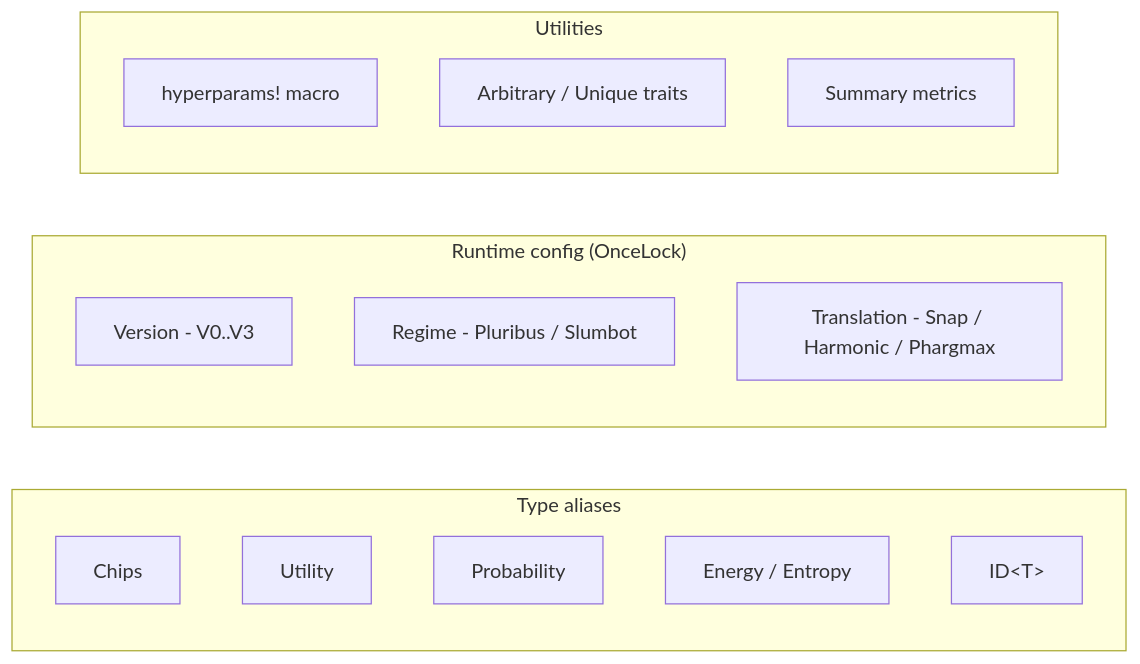
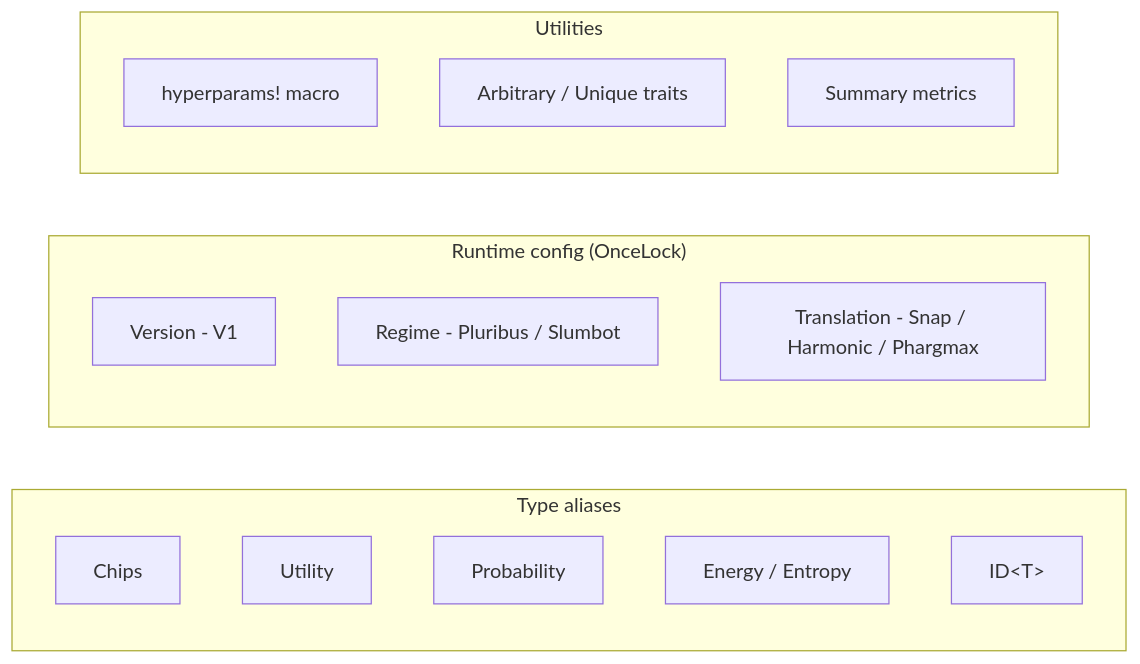
The first of 2 diagrams in crates/pokerkit/README.md (krukah/robopoker), drawn with Mermaid before and after one commit. The commit also changed 65 other files, not shown here.

````diff
--- a/crates/pokerkit/README.md
+++ b/crates/pokerkit/README.md
@@ -12,20 +12,20 @@
 ```mermaid
 flowchart LR
   subgraph Aliases["Type aliases"]
     A1["Chips"]
     A2["Utility"]
     A3["Probability"]
     A4["Energy / Entropy"]
     A5["ID&lt;T&gt;"]
   end
   subgraph Config["Runtime config (OnceLock)"]
-    C1["Version - V0..V3"]
+    C1["Version - V1"]
     C2["Regime - Pluribus / Slumbot"]
     C3["Translation - Snap / Harmonic / Phargmax"]
   end
   subgraph Tools["Utilities"]
     T1["hyperparams! macro"]
     T2["Arbitrary / Unique traits"]
     T3["Summary metrics"]
   end
 ```
````
